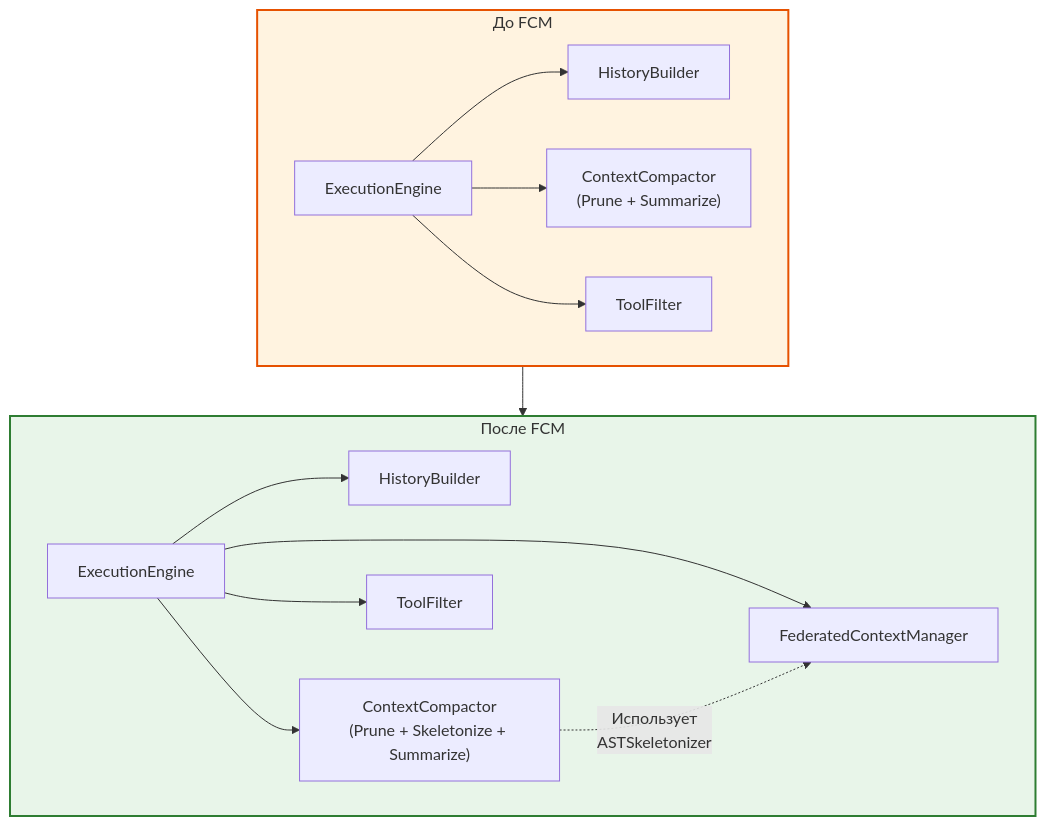
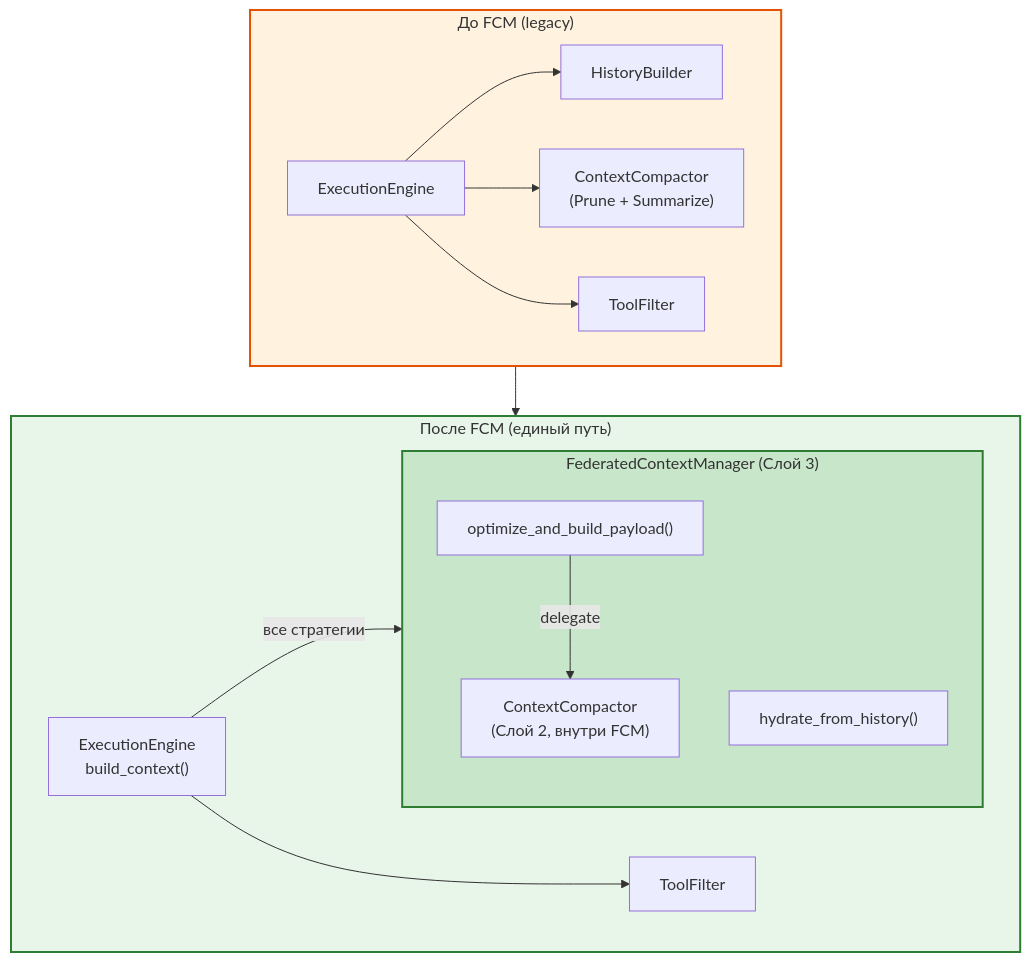
Before and after one commit to pese-git/codelab-agent: the sixth of 10 diagrams in doc/internals/architecture/fcm/DIAGRAMS.md, drawn with Mermaid. The commit also changed other lines of this file and 7 other files, not shown here.

````diff
--- a/doc/internals/architecture/fcm/DIAGRAMS.md
+++ b/doc/internals/architecture/fcm/DIAGRAMS.md
@@ -277,33 +301,34 @@
 ```mermaid
 graph TB
-    subgraph Before["До FCM"]
+    subgraph Before["До FCM (legacy)"]
         Engine1["ExecutionEngine"]
         Builder1["HistoryBuilder"]
         Compactor1["ContextCompactor<br/>(Prune + Summarize)"]
         Filter1["ToolFilter"]
-        
+
         Engine1 --> Builder1
         Engine1 --> Compactor1
         Engine1 --> Filter1
     end
-    
-    subgraph After["После FCM"]
-        Engine2["ExecutionEngine"]
-        Builder2["HistoryBuilder"]
-        Compactor2["ContextCompactor<br/>(Prune + Skeletonize + Summarize)"]
+
+    subgraph After["После FCM (единый путь)"]
+        Engine2["ExecutionEngine<br/>build_context()"]
         Filter2["ToolFilter"]
-        FCM2["FederatedContextManager"]
-        
-        Engine2 --> Builder2
-        Engine2 --> Compactor2
+
+        subgraph FCM2["FederatedContextManager (Слой 3)"]
+            OBP["optimize_and_build_payload()"]
+            HS["hydrate_from_history()"]
+            CC2["ContextCompactor<br/>(Слой 2, внутри FCM)"]
+        end
+
         Engine2 --> Filter2
-        Engine2 --> FCM2
-        
-        Compactor2 -.->|"Использует<br/>ASTSkeletonizer"| FCM2
+        Engine2 -->|"все стратегии"| FCM2
+        OBP -->|"delegate"| CC2
     end
-    
+
     Before --> After
-    
+
     style Before fill:#fff3e0,stroke:#e65100,stroke-width:2px
     style After fill:#e8f5e9,stroke:#2e7d32,stroke-width:2px
+    style FCM2 fill:#c8e6c9,stroke:#2e7d32,stroke-width:2px
 ```
````
